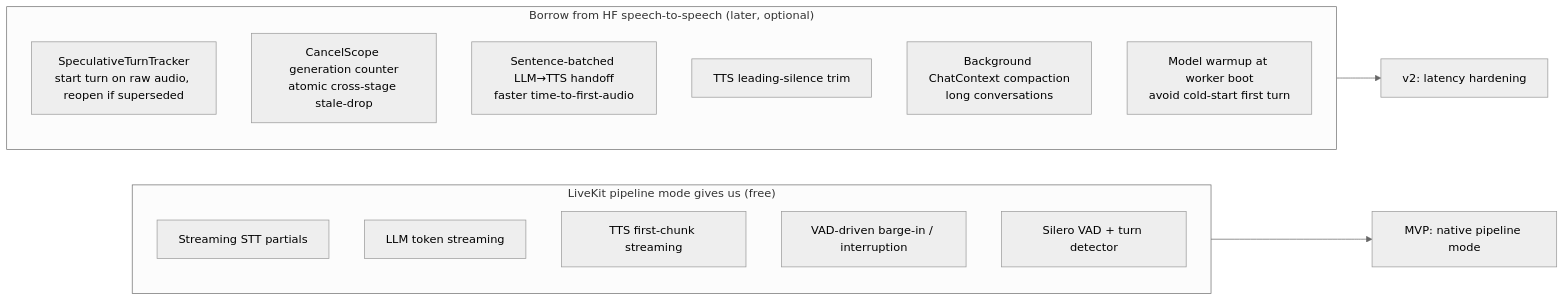
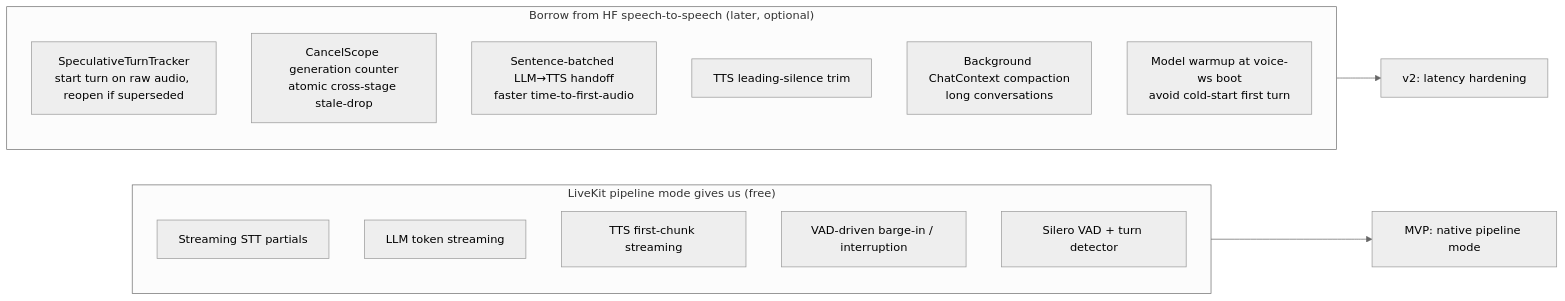
One commit to gauravdhiman/a1-voice-agent-platform changed the seventh of 9 diagrams in docs/01_architecture/voice_engine_pipeline_design.md. Above: the diagram before and after it, drawn with Mermaid (neutral theme). The commit also changed other lines of this file and 163 other files, not shown here.

Commit message:
feat(voice): remove LiveKit worker; Pipecat voice-ws is the only voice runtime

````diff
--- a/docs/01_architecture/voice_engine_pipeline_design.md
+++ b/docs/01_architecture/voice_engine_pipeline_design.md
@@ -284,20 +291,20 @@
 ```mermaid
 flowchart LR
     subgraph LK["LiveKit pipeline mode gives us (free)"]
         L1["Streaming STT partials"]
         L2["LLM token streaming"]
         L3["TTS first-chunk streaming"]
         L4["VAD-driven barge-in / interruption"]
         L5["Silero VAD + turn detector"]
     end
     subgraph Borrow["Borrow from HF speech-to-speech (later, optional)"]
         B1["SpeculativeTurnTracker<br/>start turn on raw audio, reopen if superseded"]
         B2["CancelScope generation counter<br/>atomic cross-stage stale-drop"]
         B3["Sentence-batched LLM→TTS handoff<br/>faster time-to-first-audio"]
         B4["TTS leading-silence trim"]
         B5["Background ChatContext compaction<br/>long conversations"]
-        B6["Model warmup at worker boot<br/>avoid cold-start first turn"]
+        B6["Model warmup at voice-ws boot<br/>avoid cold-start first turn"]
     end
     LK --> MVP["MVP: native pipeline mode"]
     Borrow --> V2["v2: latency hardening"]
 ```
````
